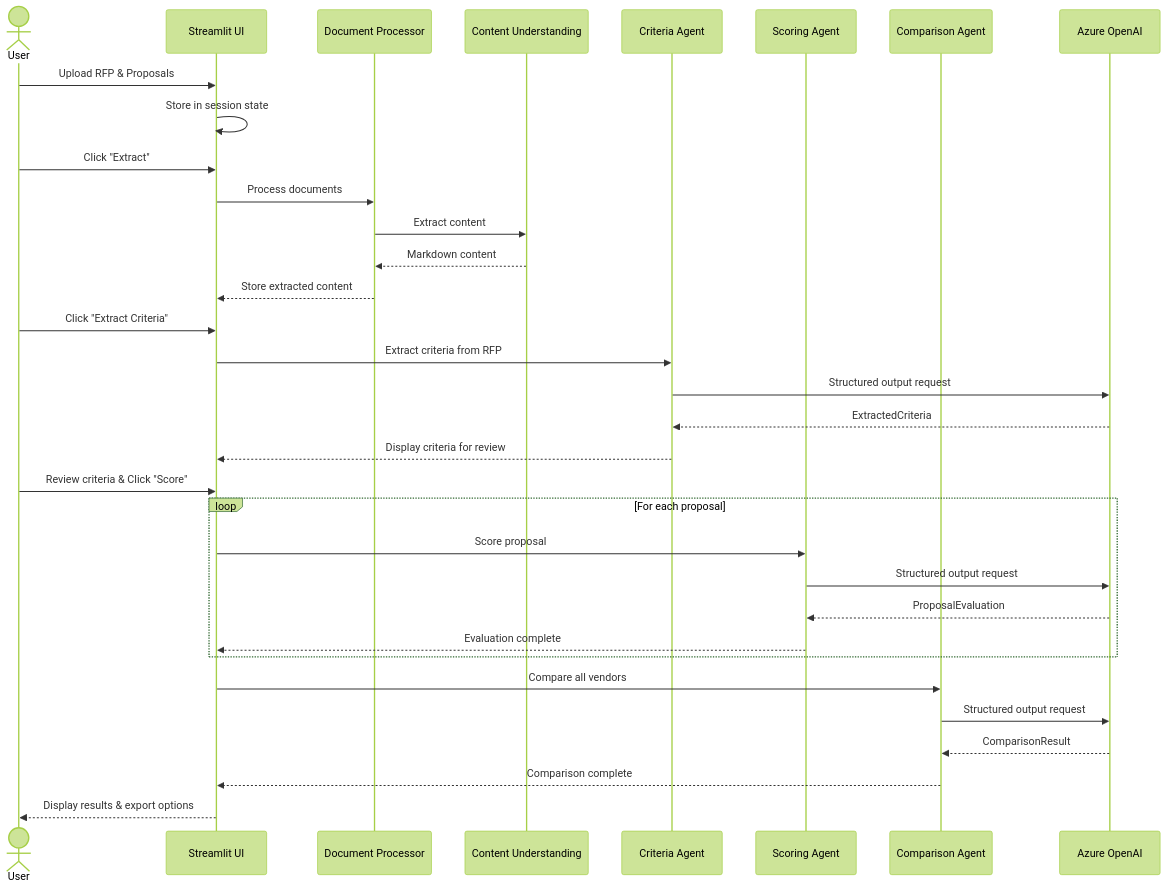
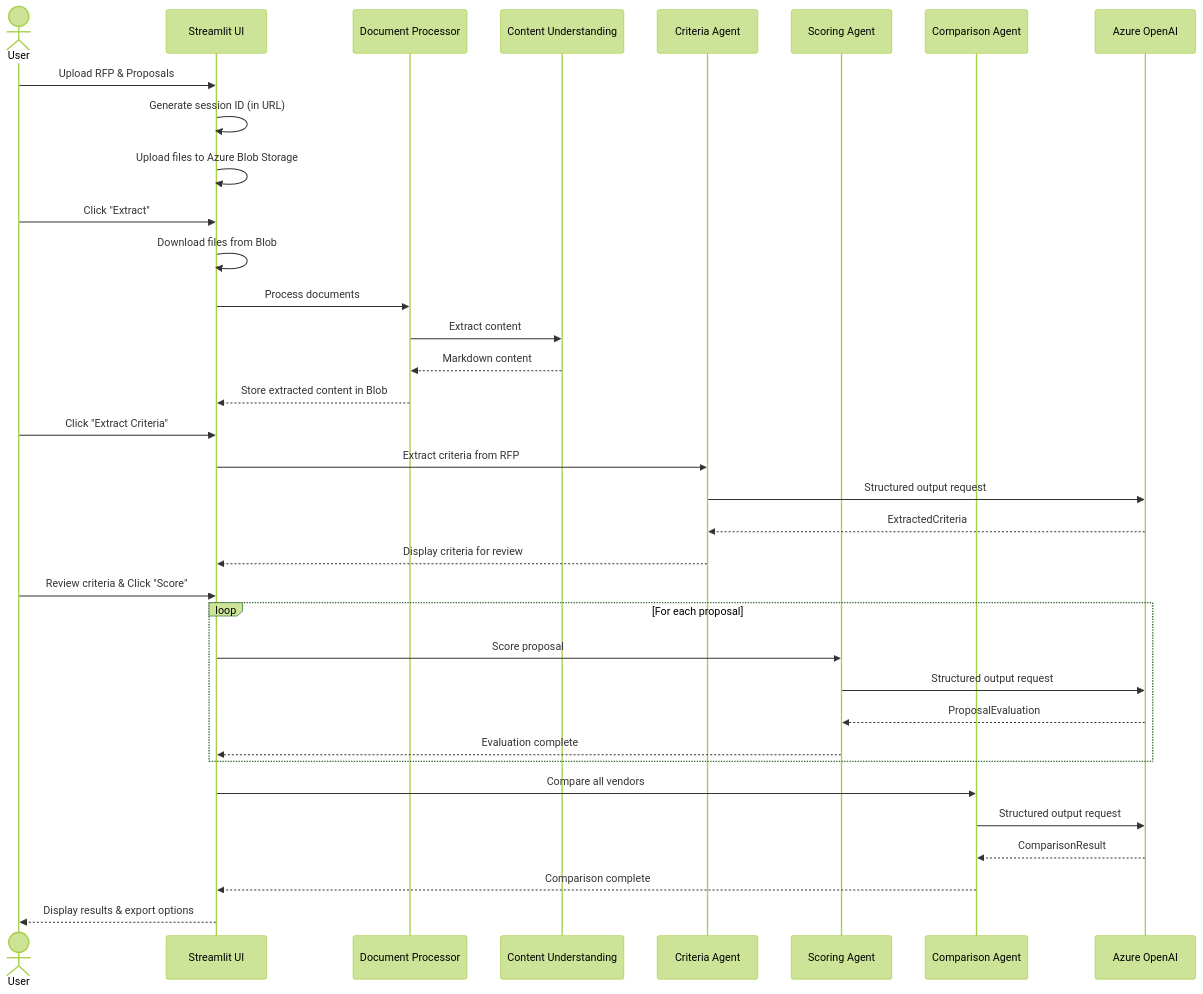
Diagram 25 of 25 in docs/ARCHITECTURE.md (amgdy/rfp-analyzer), drawn with Mermaid (forest theme) before and after one commit. The commit also changed other lines of this file and 2 other files, not shown here.

First line of the commit message:
fix: address code review feedback - session ID persistence and blob loading logic

````diff
--- a/docs/ARCHITECTURE.md
+++ b/docs/ARCHITECTURE.md
@@ -1025,41 +1034,43 @@
 ```mermaid
 sequenceDiagram
     actor User
     participant UI as Streamlit UI
     participant DP as Document Processor
     participant CU as Content Understanding
     participant CEA as Criteria Agent
     participant PSA as Scoring Agent
     participant CA as Comparison Agent
     participant AOAI as Azure OpenAI
     
     User->>UI: Upload RFP & Proposals
-    UI->>UI: Store in session state
+    UI->>UI: Generate session ID (in URL)
+    UI->>UI: Upload files to Azure Blob Storage
     
     User->>UI: Click "Extract"
+    UI->>UI: Download files from Blob
     UI->>DP: Process documents
     DP->>CU: Extract content
     CU-->>DP: Markdown content
-    DP-->>UI: Store extracted content
+    DP-->>UI: Store extracted content in Blob
     
     User->>UI: Click "Extract Criteria"
     UI->>CEA: Extract criteria from RFP
     CEA->>AOAI: Structured output request
     AOAI-->>CEA: ExtractedCriteria
     CEA-->>UI: Display criteria for review
     
     User->>UI: Review criteria & Click "Score"
     loop For each proposal
         UI->>PSA: Score proposal
         PSA->>AOAI: Structured output request
         AOAI-->>PSA: ProposalEvaluation
         PSA-->>UI: Evaluation complete
     end
     
     UI->>CA: Compare all vendors
     CA->>AOAI: Structured output request
     AOAI-->>CA: ComparisonResult
     CA-->>UI: Comparison complete
     
     UI-->>User: Display results & export options
 ```
````
